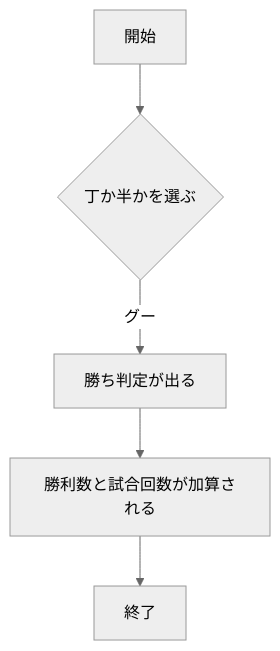
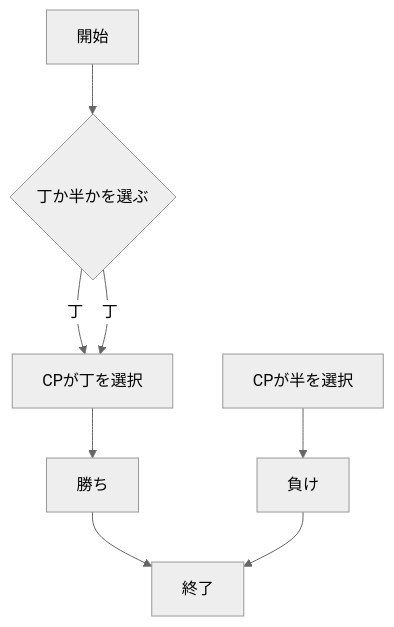
The eighth of 8 diagrams in README.md (km919/webpro_06), drawn with Mermaid (neutral theme) before and after one commit.

Commit message:
11/18の13:28に編集済

````diff
--- a/README.md
+++ b/README.md
@@ -303,10 +303,11 @@
 ```mermaid
 flowchart TD;
 start["開始"];
 end1["終了"]
 if{"丁か半かを選ぶ"}
 start --> if
-if --> |グー|　勝ち判定が出る
-勝ち判定が出る --> 勝利数と試合回数が加算される --> end1
-
+if --> |丁|　CPが丁を選択
+CPが丁を選択 --> 勝ち --> end1
+if --> |丁|　CPが丁を選択
+CPが半を選択 --> 負け --> end1
 ```
````
